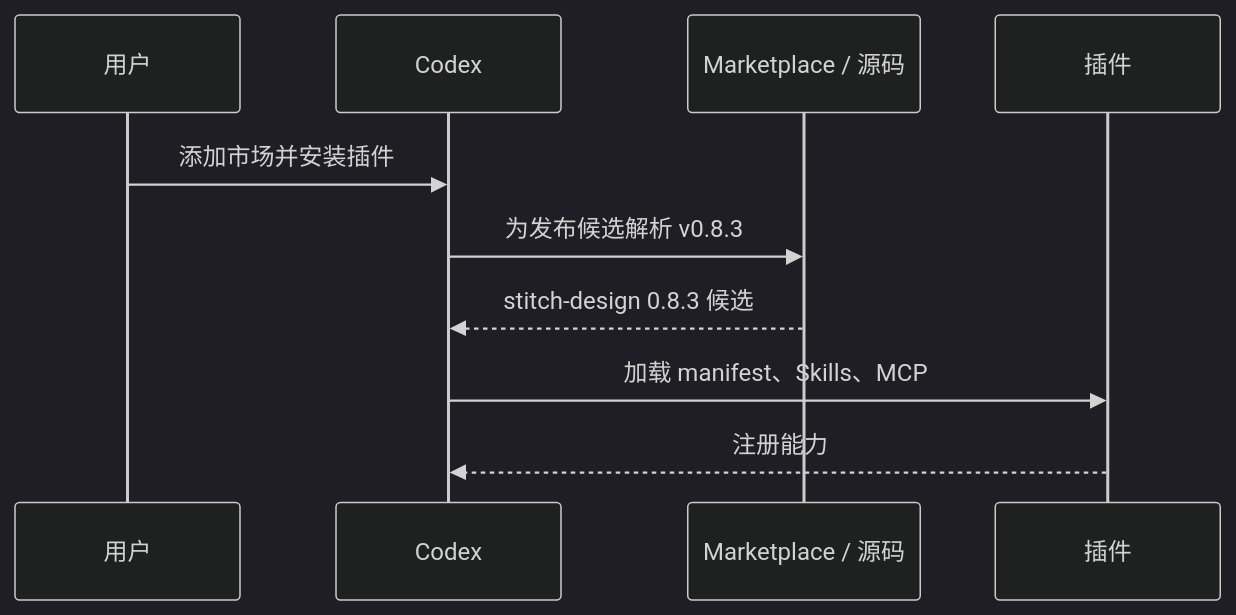
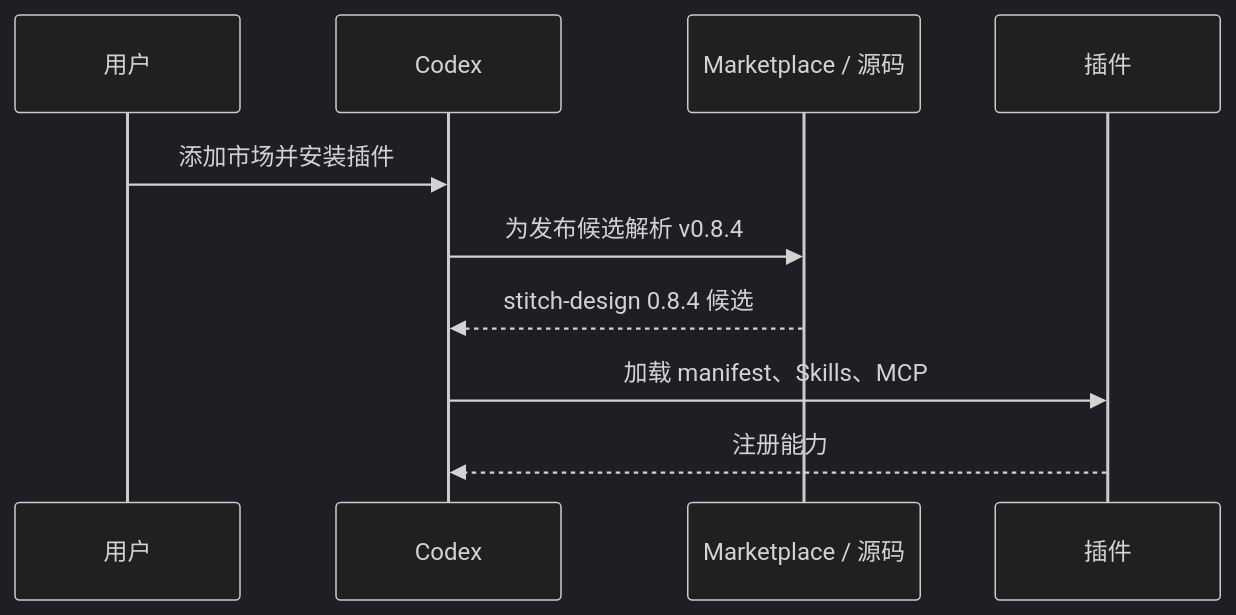
Before and after one commit to full-stack-plugins/stitch-design-plugin: the seventh of 11 diagrams in docs/Stitch-Design-Architecture.zh_CN.md, drawn with Mermaid (dark theme). The commit also changed other lines of this file and 13 other files, not shown here.

````diff
--- a/docs/Stitch-Design-Architecture.zh_CN.md
+++ b/docs/Stitch-Design-Architecture.zh_CN.md
@@ -173,12 +173,12 @@
 ```mermaid
 sequenceDiagram
     participant U as 用户
     participant C as Codex
     participant M as Marketplace / 源码
     participant P as 插件
     U->>C: 添加市场并安装插件
-    C->>M: 为发布候选解析 v0.8.3
-    M-->>C: stitch-design 0.8.3 候选
+    C->>M: 为发布候选解析 v0.8.4
+    M-->>C: stitch-design 0.8.4 候选
     C->>P: 加载 manifest、Skills、MCP
     P-->>C: 注册能力
 ```
````
